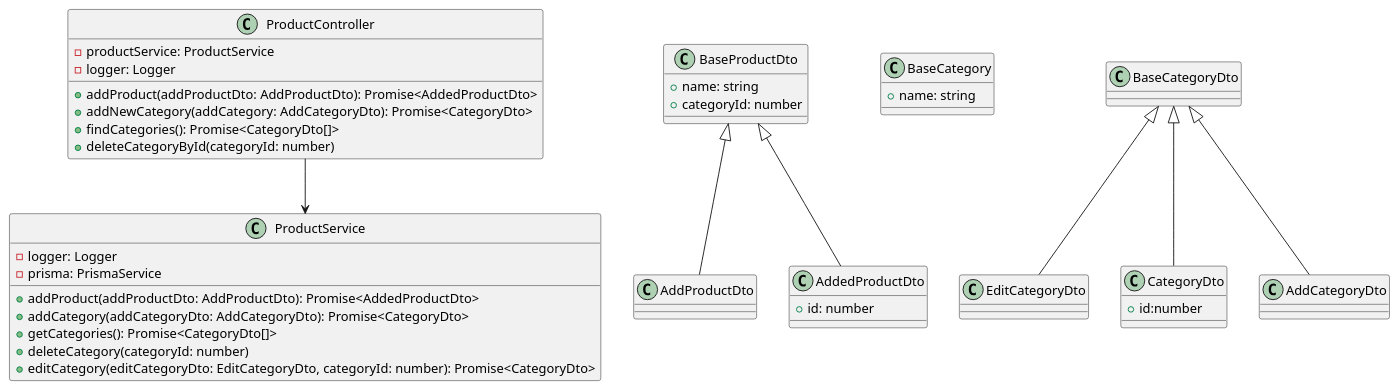
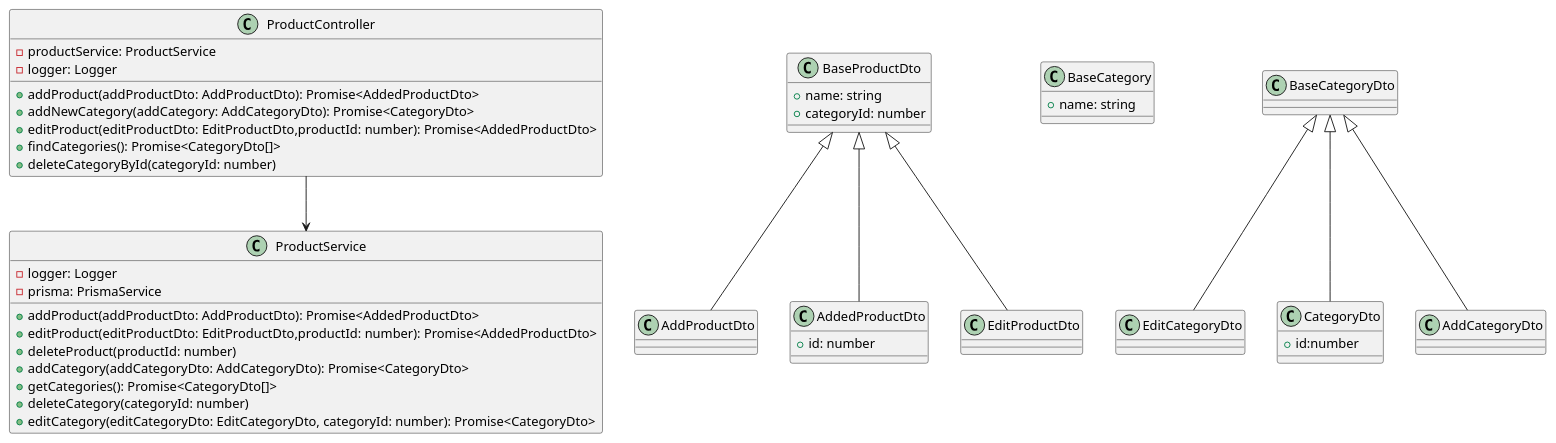
One commit to drDeepl/purchased-products-app-nest changed the diagram in src/product/product.wsd. Above: the diagram before and after it, drawn with PlantUML. The commit also changed 3 other files, not shown here.

Commit message:
did added feature for delete product by id

```diff
--- a/src/product/product.wsd
+++ b/src/product/product.wsd
@@ -1,58 +1,62 @@
 @startuml product
 
 
 
 class ProductController {
   - productService: ProductService
   - logger: Logger
   + addProduct(addProductDto: AddProductDto): Promise<AddedProductDto>
   + addNewCategory(addCategory: AddCategoryDto): Promise<CategoryDto>
+  + editProduct(editProductDto: EditProductDto,productId: number): Promise<AddedProductDto> 
   + findCategories(): Promise<CategoryDto[]>
   + deleteCategoryById(categoryId: number)
   }
 
 class ProductService {
   - logger: Logger
   - prisma: PrismaService
 
   + addProduct(addProductDto: AddProductDto): Promise<AddedProductDto>
+  + editProduct(editProductDto: EditProductDto,productId: number): Promise<AddedProductDto> 
+  + deleteProduct(productId: number)
   + addCategory(addCategoryDto: AddCategoryDto): Promise<CategoryDto>
   + getCategories(): Promise<CategoryDto[]>
   + deleteCategory(categoryId: number)
   + editCategory(editCategoryDto: EditCategoryDto, categoryId: number): Promise<CategoryDto>
 }
 
 ProductController --> ProductService
 
 class BaseProductDto{
     +name: string
     +categoryId: number
 }
 
 class AddProductDto{}
 
 class AddedProductDto{
     +id: number
 }
 
 BaseProductDto <|-- AddProductDto
 BaseProductDto <|-- AddedProductDto
+BaseProductDto <|-- EditProductDto
 
 class BaseCategory{
     +name: string
 }
 
 class EditCategoryDto{}
 
 class CategoryDto{
     +id:number
 }
 
 BaseCategoryDto <|-- AddCategoryDto
 BaseCategoryDto <|-- EditCategoryDto
 BaseCategoryDto <|-- CategoryDto
 
 
 
 
 @enduml
```
